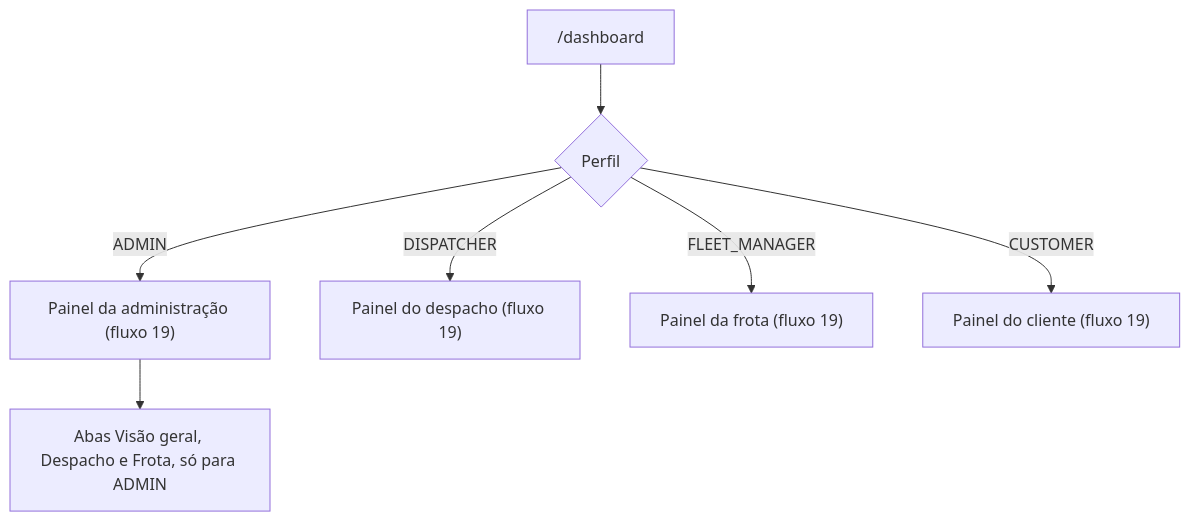
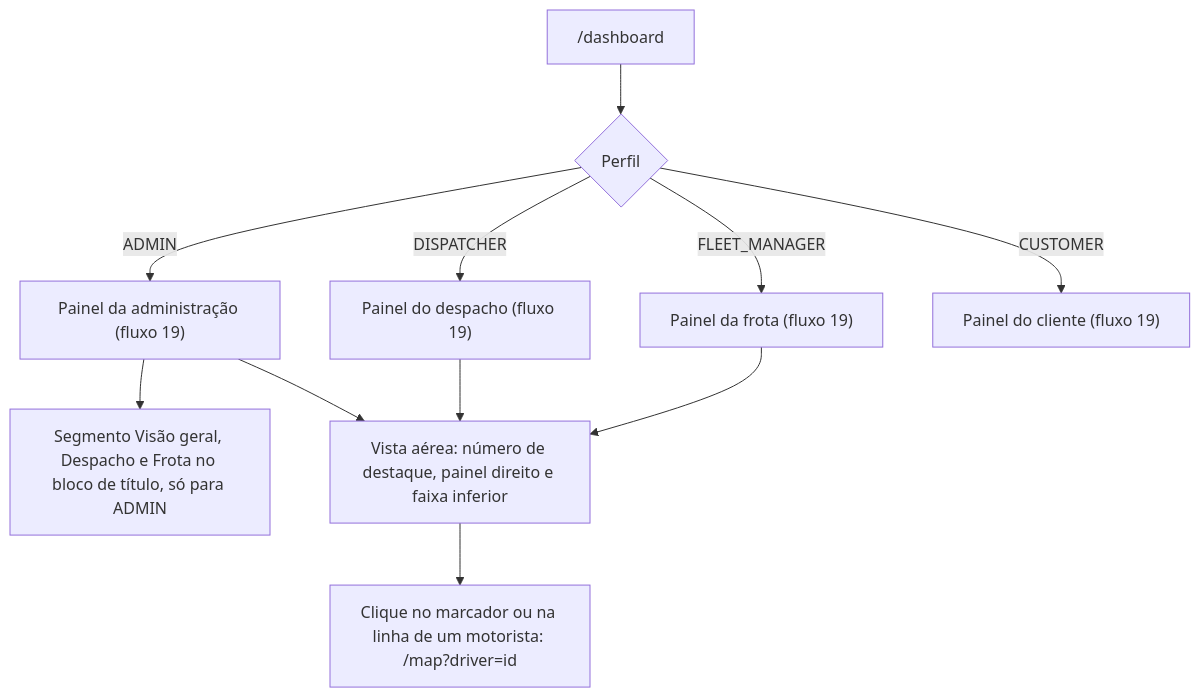
One commit to Edryck/kj-fleets changed the fourth of 5 diagrams in docs/flows/frontend/flow-navegacao.md. Above: the diagram before and after it, drawn with Mermaid. The commit also changed other lines of this file and 138 other files, not shown here.

````diff
--- a/docs/flows/frontend/flow-navegacao.md
+++ b/docs/flows/frontend/flow-navegacao.md
@@ -47,9 +80,13 @@
 ```mermaid
 flowchart TD
     D["/dashboard"] --> Pf{"Perfil"}
     Pf -- ADMIN --> A["Painel da administração (fluxo 19)"]
     Pf -- DISPATCHER --> B["Painel do despacho (fluxo 19)"]
     Pf -- FLEET_MANAGER --> C["Painel da frota (fluxo 19)"]
     Pf -- CUSTOMER --> E["Painel do cliente (fluxo 19)"]
-    A --> T["Abas Visão geral, Despacho e Frota, só para ADMIN"]
+    A --> T["Segmento Visão geral, Despacho e Frota no bloco de título, só para ADMIN"]
+    A --> V["Vista aérea: número de destaque, painel direito e faixa inferior"]
+    B --> V
+    C --> V
+    V --> M["Clique no marcador ou na linha de um motorista: /map?driver=id"]
 ```
````
